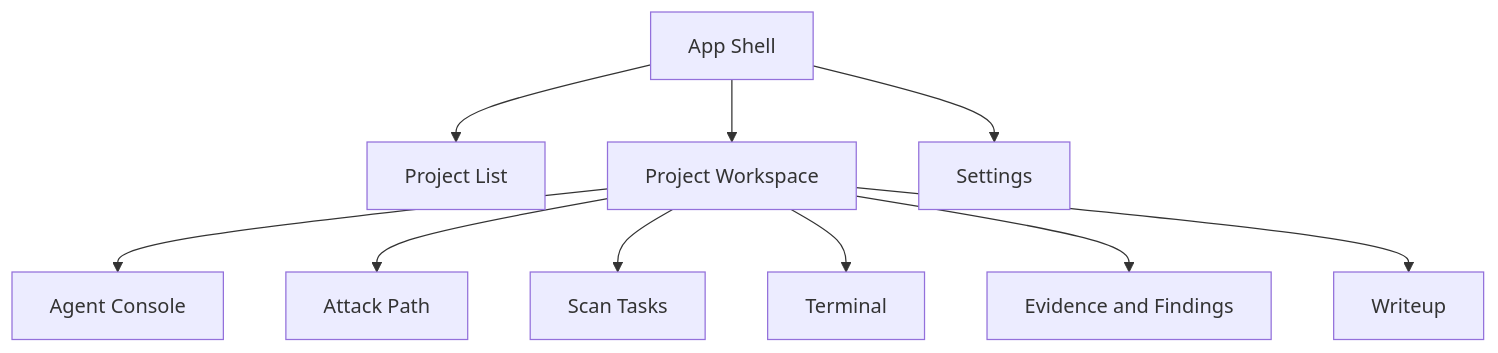
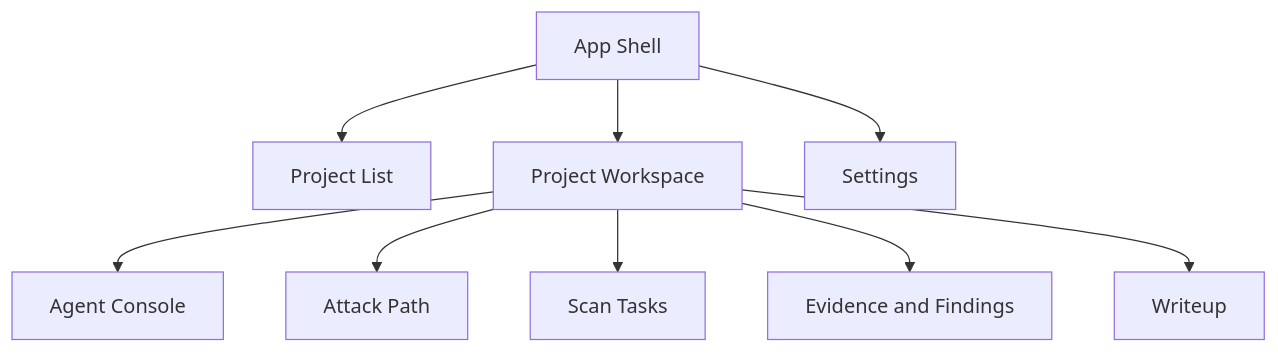
Before and after one commit to a1457139709/red_agent: the third of 3 diagrams in docs/design/control-center-platform-design.md, drawn with Mermaid. The commit also changed other lines of this file and 45 other files, not shown here.

````diff
--- a/docs/design/control-center-platform-design.md
+++ b/docs/design/control-center-platform-design.md
@@ -289,23 +267,21 @@
 ```mermaid
 graph TD
     Shell[App Shell]
     Projects[Project List]
     Workspace[Project Workspace]
     Agent[Agent Console]
     Path[Attack Path]
     Scans[Scan Tasks]
-    Terminal[Terminal]
     Evidence[Evidence and Findings]
     Writeup[Writeup]
     Settings[Settings]
 
     Shell --> Projects
     Shell --> Workspace
     Workspace --> Agent
     Workspace --> Path
     Workspace --> Scans
-    Workspace --> Terminal
     Workspace --> Evidence
     Workspace --> Writeup
     Shell --> Settings
 ```
````
